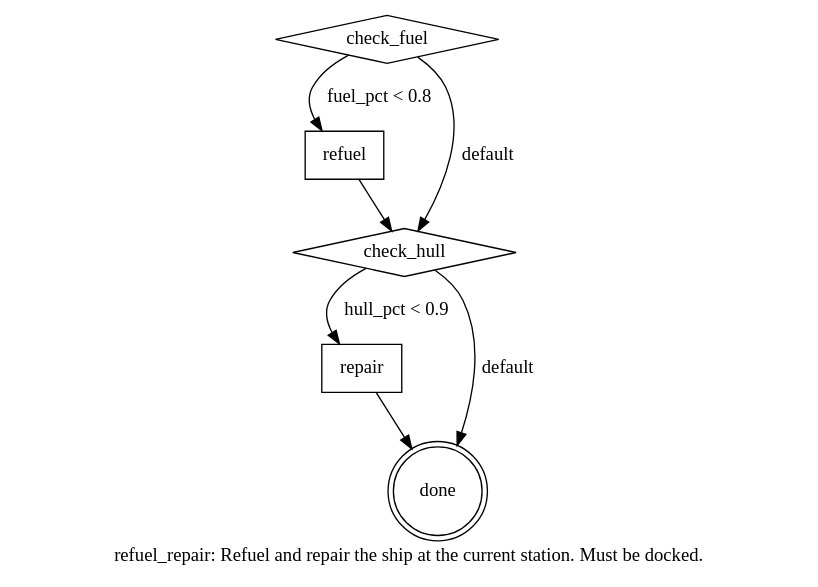
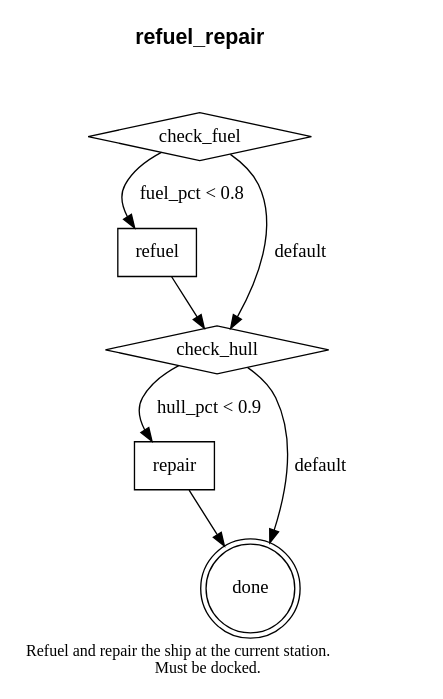
Before and after one commit to rsned/spacemolt: the diagram in data/skills/refuel_repair.dot, drawn with Graphviz. The commit also changed 15 other files, not shown here.

```diff
--- a/data/skills/refuel_repair.dot
+++ b/data/skills/refuel_repair.dot
@@ -1,17 +1,25 @@
 digraph refuel_repair {
-  label="refuel_repair: Refuel and repair the ship at the current station. Must be docked.\n"
+  label=<
+Refuel and repair the ship at the current station.<br/>
+Must be docked.
+>
+  labelloc=b
+  fontsize=12
   rankdir=TB
+
+  title [shape=none margin=0 fontsize=16 fontname="Helvetica-Bold" label="refuel_repair"]
+  title -> check_fuel [style=invis]
 
   check_fuel [shape=diamond label="check_fuel"]
   refuel [shape=box label="refuel"]
   check_hull [shape=diamond label="check_hull"]
   repair [shape=box label="repair"]
   done [shape=doublecircle label="done"]
 
   check_fuel -> refuel [label="fuel_pct < 0.8"]
   check_fuel -> check_hull [label="default"]
   refuel -> check_hull
   check_hull -> repair [label="hull_pct < 0.9"]
   check_hull -> done [label="default"]
   repair -> done
 }
```
